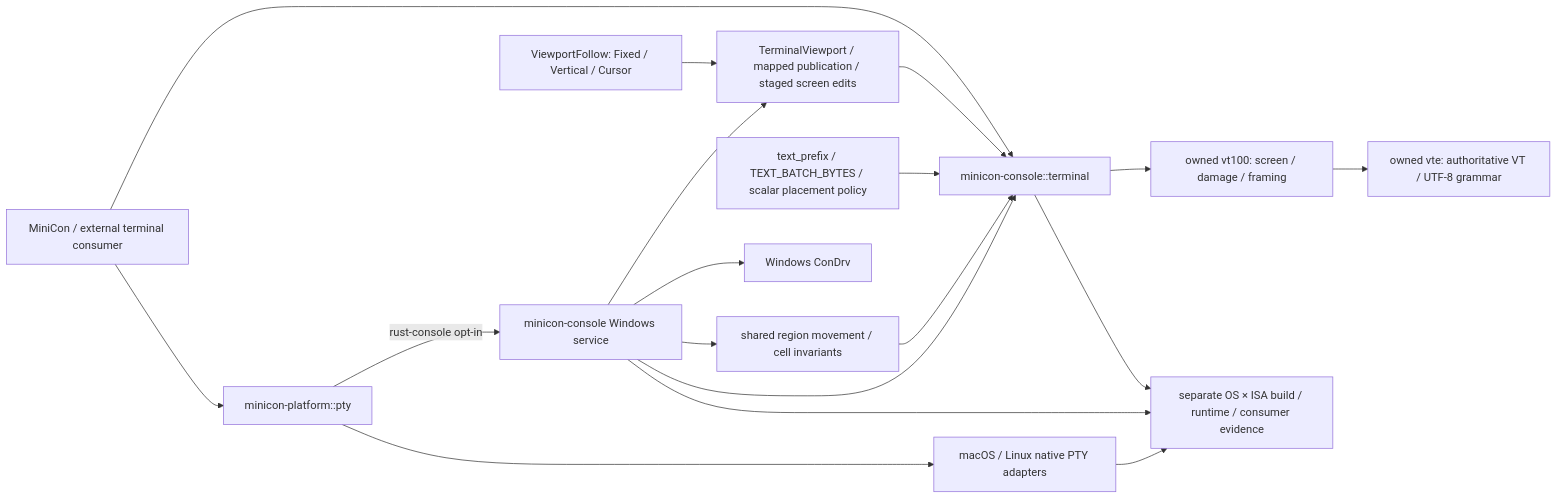
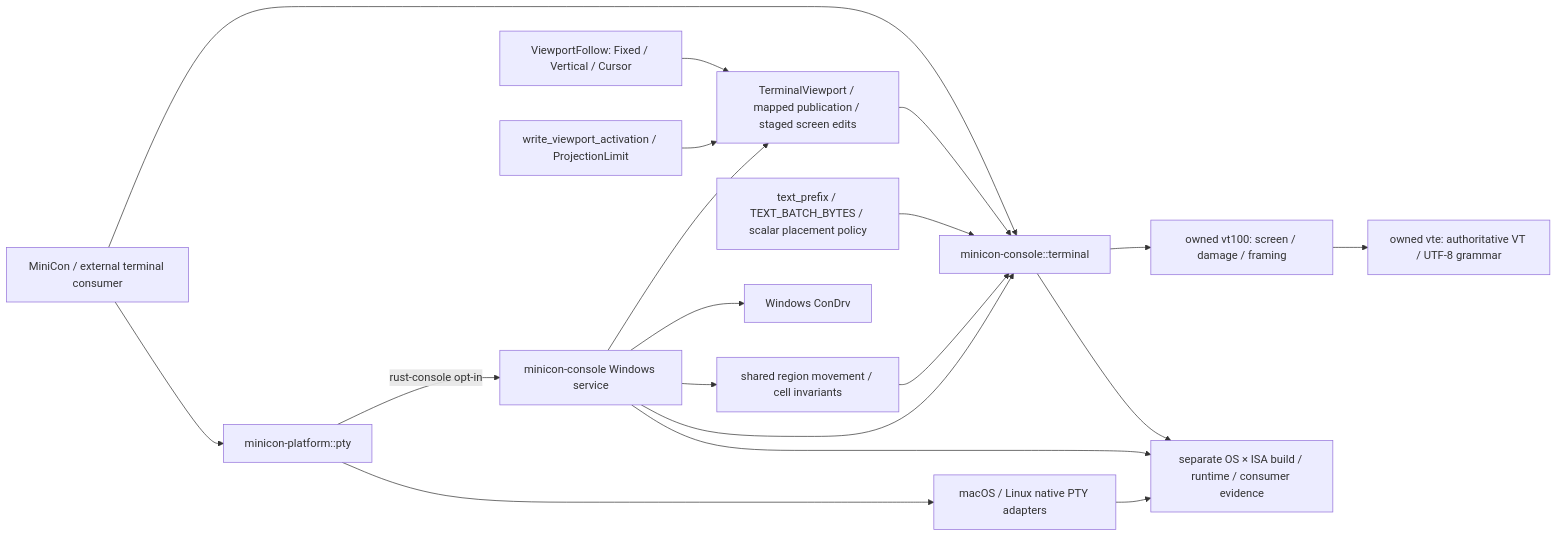
Before and after one commit to partnernetsoftware/minicon: the diagram in prd/PRD_02_35_terminal_library.md, drawn with Mermaid. The commit also changed other lines of this file and 13 other files, not shown here.

````diff
--- a/prd/PRD_02_35_terminal_library.md
+++ b/prd/PRD_02_35_terminal_library.md
@@ -52,18 +53,19 @@
 ```mermaid
 flowchart LR
     APP["MiniCon / external terminal consumer"] --> COMMON["minicon-console::terminal"]
     COMMON --> VT["owned vt100: screen / damage / framing"]
     VT --> VTE["owned vte: authoritative VT / UTF-8 grammar"]
     APP --> PLATFORM["minicon-platform::pty"]
     PLATFORM -->|"rust-console opt-in"| WIN["minicon-console Windows service"]
     VP["TerminalViewport / mapped publication / staged screen edits"] --> COMMON
     FOLLOW["ViewportFollow: Fixed / Vertical / Cursor"] --> VP
+    ACT["write_viewport_activation / ProjectionLimit"] --> VP
     TEXT["text_prefix / TEXT_BATCH_BYTES / scalar placement policy"] --> COMMON
     WIN --> VP
     MOVE["shared region movement / cell invariants"] --> COMMON
     WIN --> MOVE
     WIN --> COMMON
     WIN --> KERNEL["Windows ConDrv"]
     PLATFORM --> POSIX["macOS / Linux native PTY adapters"]
     COMMON & WIN & POSIX --> E["separate OS × ISA build / runtime / consumer evidence"]
 ```
````
